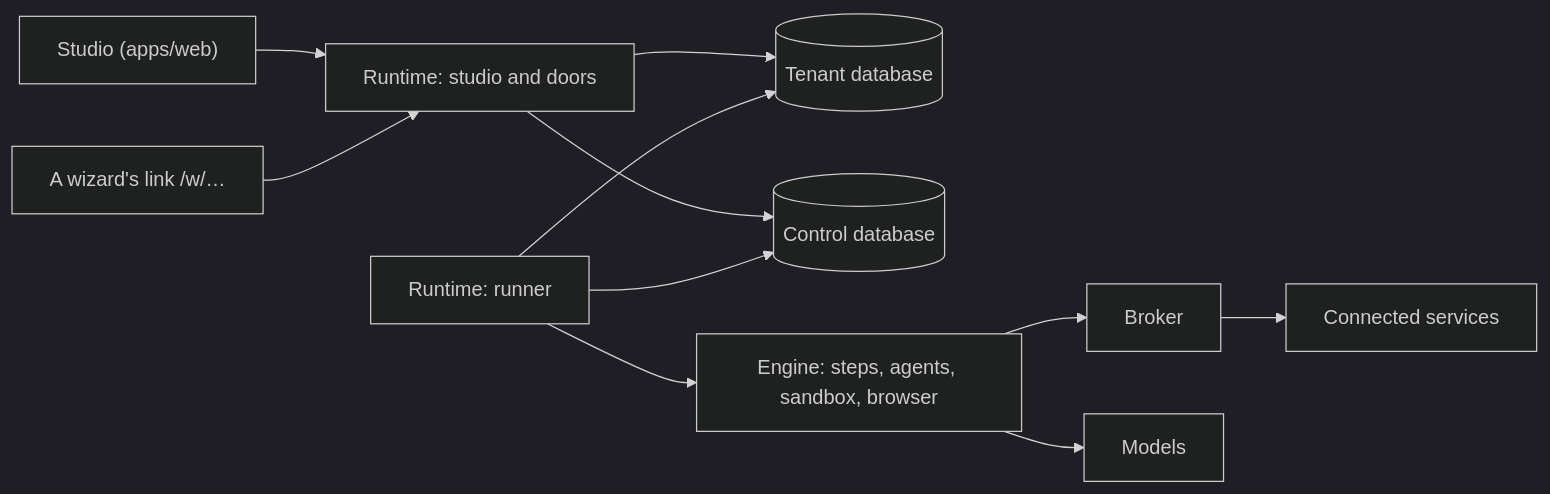
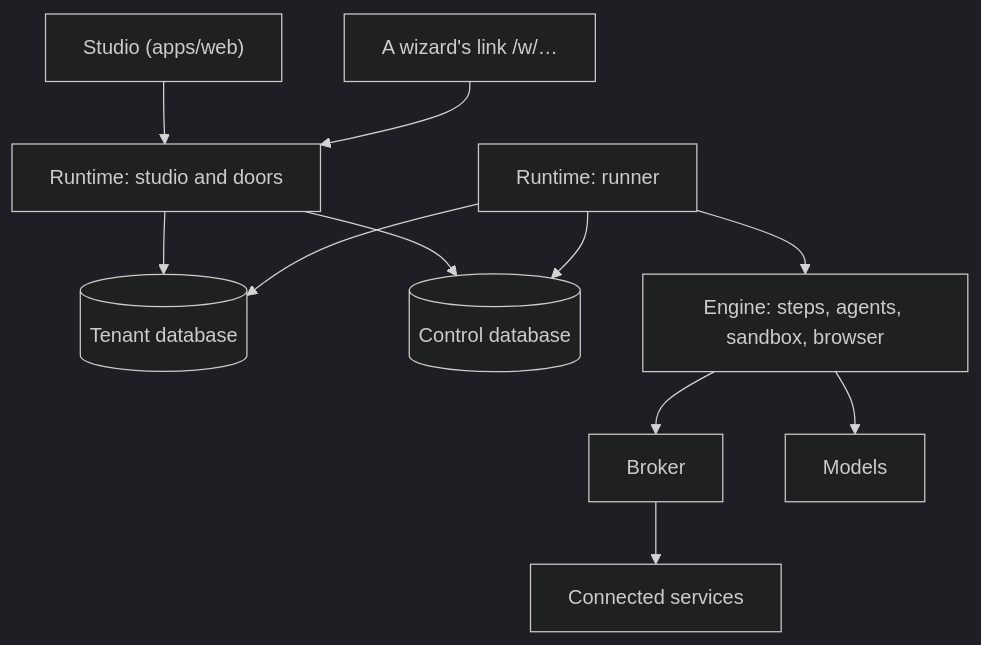
One commit to engenty/wizards changed the first of 8 diagrams in docs/content/dev/architecture.md. Above: the diagram before and after it, drawn with Mermaid (dark theme). The commit also changed other lines of this file and 7 other files, not shown here.

Commit message:
docs: diagrams of the system and its flows on the overview pages

````diff
--- a/docs/content/dev/architecture.md
+++ b/docs/content/dev/architecture.md
@@ -11,13 +11,13 @@
 ```mermaid
-flowchart LR
+flowchart TB
   studio["Studio (apps/web)"] --> web["Runtime: studio and doors"]
   guest["A wizard's link /w/…"] --> web
   web --> db[("Tenant database")]
   web --> control[("Control database")]
   runner["Runtime: runner"] --> db
   runner --> control
   runner --> engine["Engine: steps, agents, sandbox, browser"]
   engine --> broker["Broker"]
   broker --> services["Connected services"]
   engine --> models["Models"]
 ```
````
